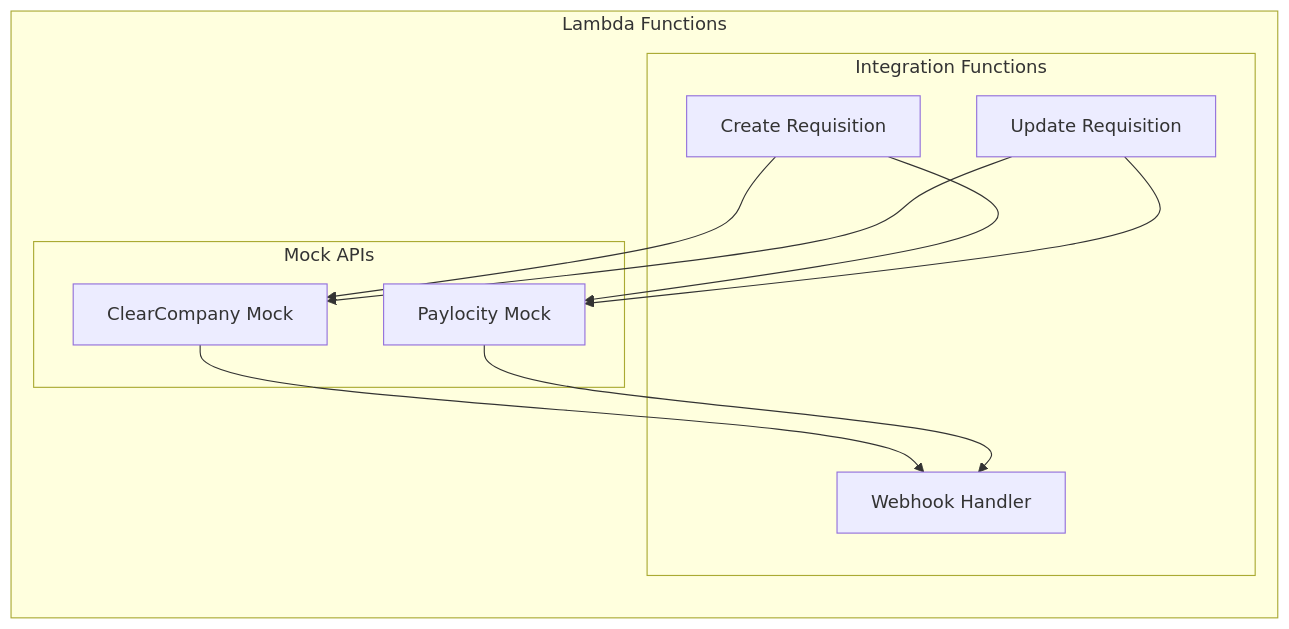
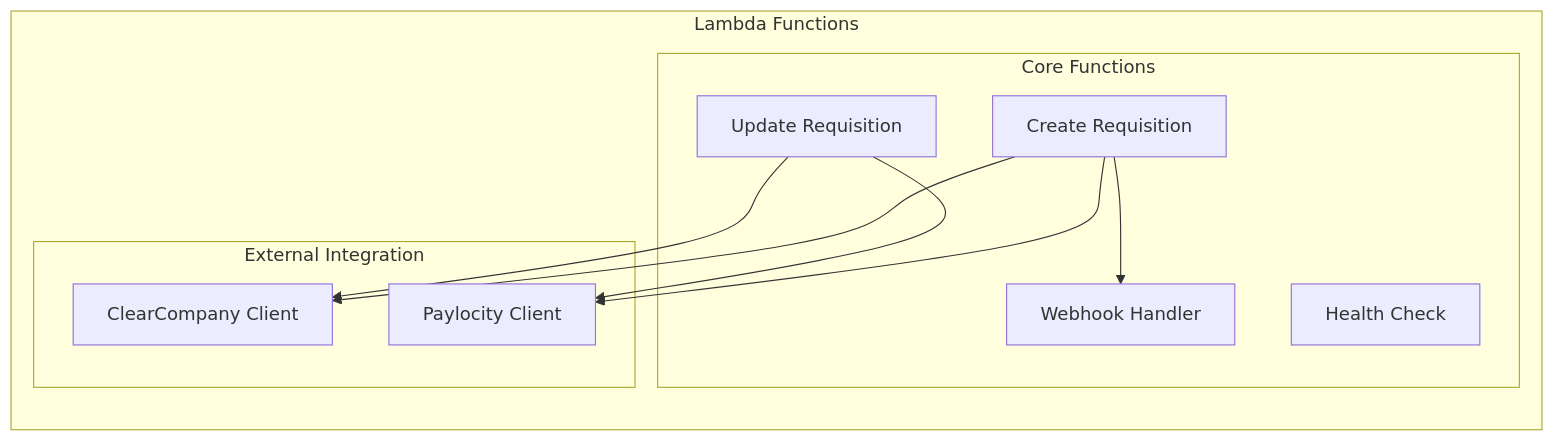
Before and after one commit to amitjainharbinger/aura-assignment: the second of 10 diagrams in docs/SOLUTION_APPROACH.md, drawn with Mermaid. The commit also changed other lines of this file and 2 other files, not shown here.

````diff
--- a/docs/SOLUTION_APPROACH.md
+++ b/docs/SOLUTION_APPROACH.md
@@ -76,24 +78,24 @@
 ```mermaid
 graph LR
     subgraph "Lambda Functions"
         direction TB
         
-        subgraph "Integration Functions"
+        subgraph "Core Functions"
+            Health[Health Check]
             CreateReq[Create Requisition]
             UpdateReq[Update Requisition]
             Webhook[Webhook Handler]
         end
         
-        subgraph "Mock APIs"
-            MockCC[ClearCompany Mock]
-            MockPL[Paylocity Mock]
+        subgraph "External Integration"
+            CC[ClearCompany Client]
+            PL[Paylocity Client]
         end
         
-        CreateReq --> MockCC
-        CreateReq --> MockPL
-        UpdateReq --> MockCC
-        UpdateReq --> MockPL
-        MockCC --> Webhook
-        MockPL --> Webhook
+        CreateReq --> CC
+        CreateReq --> PL
+        UpdateReq --> CC
+        UpdateReq --> PL
+        CreateReq --> Webhook
     end
 ```
````
